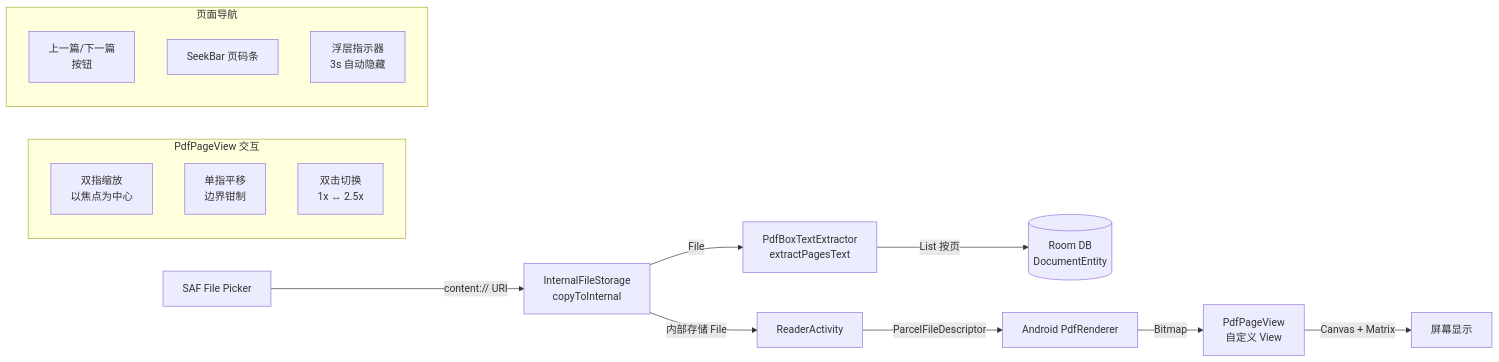
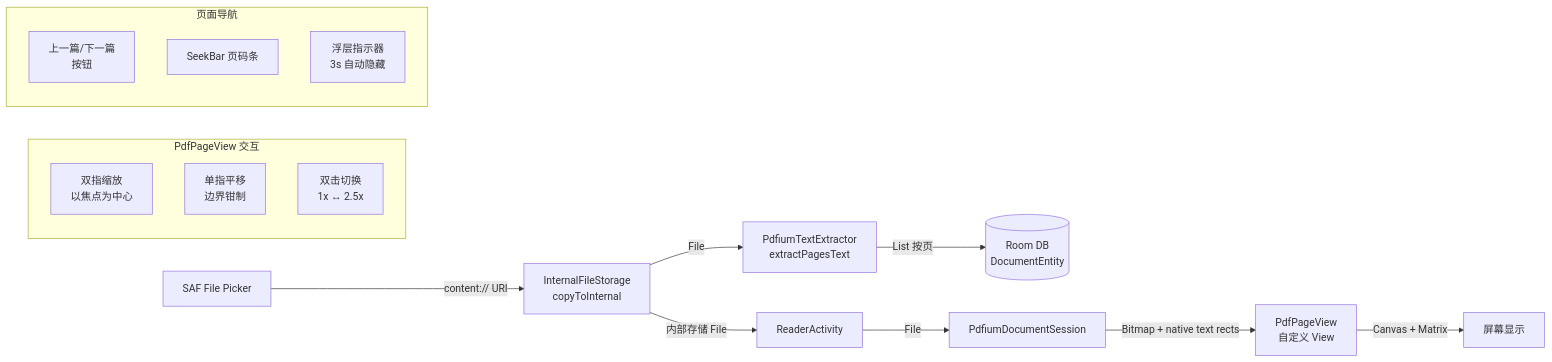
One commit to stuid-maker/pocketpdf-android changed the third of 21 diagrams in docs/ARCHITECTURE.md. Above: the diagram before and after it, drawn with Mermaid. The commit also changed other lines of this file and 31 other files, not shown here.

Commit message:
fix(pdf): harden native search and index lifecycle

````diff
--- a/docs/ARCHITECTURE.md
+++ b/docs/ARCHITECTURE.md
@@ -102,23 +102,23 @@
 ```mermaid
 graph LR
     SAF[SAF File Picker] -->|content:// URI| Copy[InternalFileStorage<br/>copyToInternal]
-    Copy -->|File| Parse[PdfBoxTextExtractor<br/>extractPagesText]
+    Copy -->|File| Parse[PdfiumTextExtractor<br/>extractPagesText]
     Parse -->|List<String> 按页| Room[(Room DB<br/>DocumentEntity)]
     Copy -->|内部存储 File| Render[ReaderActivity]
     
-    Render -->|ParcelFileDescriptor| PdfRenderer[Android PdfRenderer]
-    PdfRenderer -->|Bitmap| PdfPageView[PdfPageView<br/>自定义 View]
+    Render -->|File| Session[PdfiumDocumentSession]
+    Session -->|Bitmap + native text rects| PdfPageView[PdfPageView<br/>自定义 View]
     PdfPageView -->|Canvas + Matrix| Display[屏幕显示]
     
     subgraph PdfPageView 交互
         PinchZoom[双指缩放<br/>以焦点为中心]
         Pan[单指平移<br/>边界钳制]
         DoubleTap[双击切换<br/>1x ↔ 2.5x]
     end
     
     subgraph 页面导航
         PrevNext[上一篇/下一篇<br/>按钮]
         SeekBar[SeekBar 页码条]
         PageIndicator[浮层指示器<br/>3s 自动隐藏]
     end
 ```
````
